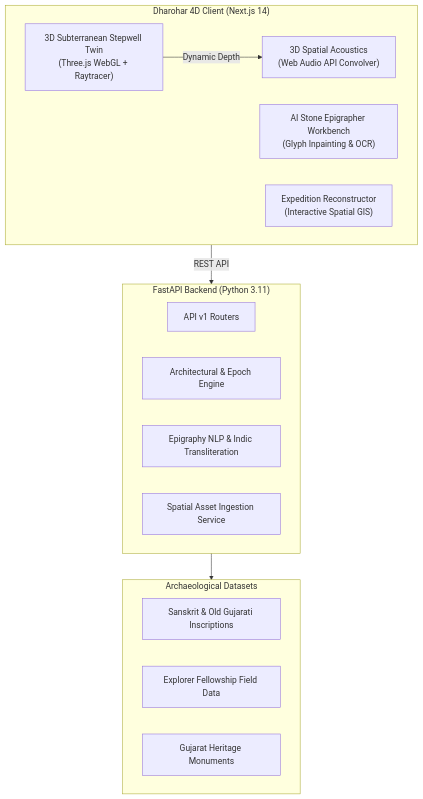
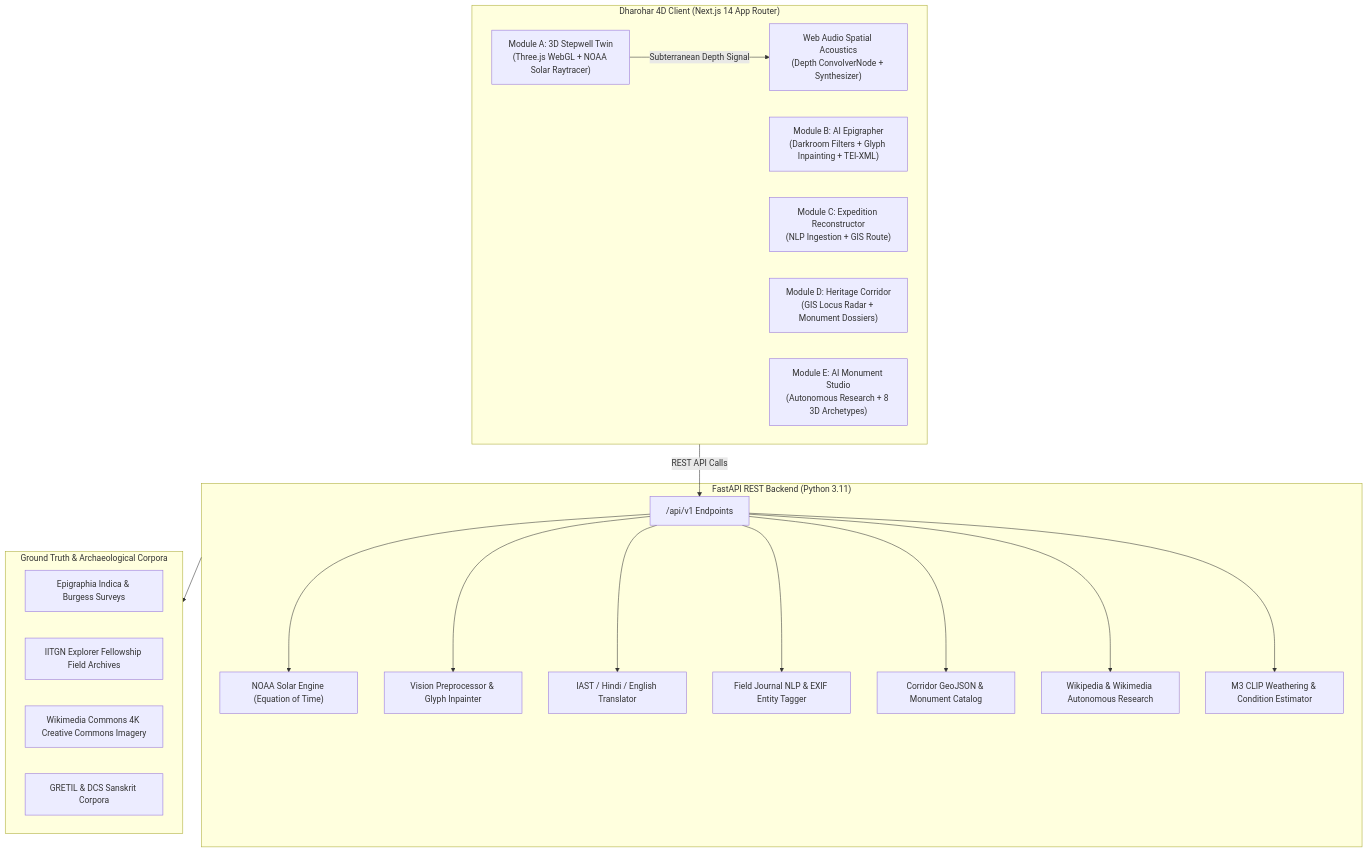
The diagram in README.md (yashpatadiya1724-cmyk/dharohar-4d), drawn with Mermaid before and after one commit. The commit also changed other lines of this file and 19 other files, not shown here.

Commit message:
feat: align Dharohar 4D codebase with PRD v1.0 specifications (Modules A-E, NOAA solar, spatial audio, and corridor GIS)

````diff
--- a/README.md
+++ b/README.md
@@ -68,26 +107,34 @@
 ```mermaid
 flowchart TD
-    subgraph Frontend["Dharohar 4D Client (Next.js 14)"]
-        Twin["3D Subterranean Stepwell Twin\n(Three.js WebGL + Raytracer)"]
-        Audio["3D Spatial Acoustics\n(Web Audio API Convolver)"]
-        Epigrapher["AI Stone Epigrapher Workbench\n(Glyph Inpainting & OCR)"]
-        GIS["Expedition Reconstructor\n(Interactive Spatial GIS)"]
+    subgraph Frontend["Dharohar 4D Client (Next.js 14 App Router)"]
+        Twin["Module A: 3D Stepwell Twin\n(Three.js WebGL + NOAA Solar Raytracer)"]
+        Audio["Web Audio Spatial Acoustics\n(Depth ConvolverNode + Synthesizer)"]
+        Epigrapher["Module B: AI Epigrapher\n(Darkroom Filters + Glyph Inpainting + TEI-XML)"]
+        Expedition["Module C: Expedition Reconstructor\n(NLP Ingestion + GIS Route)"]
+        Corridor["Module D: Heritage Corridor\n(GIS Locus Radar + Monument Dossiers)"]
+        Studio["Module E: AI Monument Studio\n(Autonomous Research + 8 3D Archetypes)"]
     end
 
-    subgraph Backend["FastAPI Backend (Python 3.11)"]
-        API["API v1 Routers"]
-        StepwellEngine["Architectural & Epoch Engine"]
-        NLPService["Epigraphy NLP & Indic Transliteration"]
-        ExpeditionEngine["Spatial Asset Ingestion Service"]
+    subgraph Backend["FastAPI REST Backend (Python 3.11)"]
+        Router["/api/v1 Endpoints"]
+        SolarSvc["NOAA Solar Engine (Equation of Time)"]
+        EpigraphySvc["Vision Preprocessor & Glyph Inpainter"]
+        TranslitSvc["IAST / Hindi / English Translator"]
+        ExpeditionSvc["Field Journal NLP & EXIF Entity Tagger"]
+        LociSvc["Corridor GeoJSON & Monument Catalog"]
+        StudioSvc["Wikipedia & Wikimedia Autonomous Research"]
+        ConditionSvc["M3 CLIP Weathering & Condition Estimator"]
     end
 
-    subgraph HeritageDB["Archaeological Datasets"]
-        EpigraphDB["Sanskrit & Old Gujarati Inscriptions"]
-        IITGNArchive["Explorer Fellowship Field Data"]
-        LociCatalog["Gujarat Heritage Monuments"]
+    subgraph OpenData["Ground Truth & Archaeological Corpora"]
+        EpigraphiaIndica["Epigraphia Indica & Burgess Surveys"]
+        IITGNArchive["IITGN Explorer Fellowship Field Archives"]
+        WikimediaCommons["Wikimedia Commons 4K Creative Commons Imagery"]
+        GRETIL["GRETIL & DCS Sanskrit Corpora"]
     end
 
-    Frontend -->|REST API| Backend
-    Twin -->|Dynamic Depth| Audio
-    Backend --> HeritageDB
+    Frontend -->|REST API Calls| Router
+    Router --> SolarSvc & EpigraphySvc & TranslitSvc & ExpeditionSvc & LociSvc & StudioSvc & ConditionSvc
+    Backend --> OpenData
+    Twin -->|Subterranean Depth Signal| Audio
 ```
````
